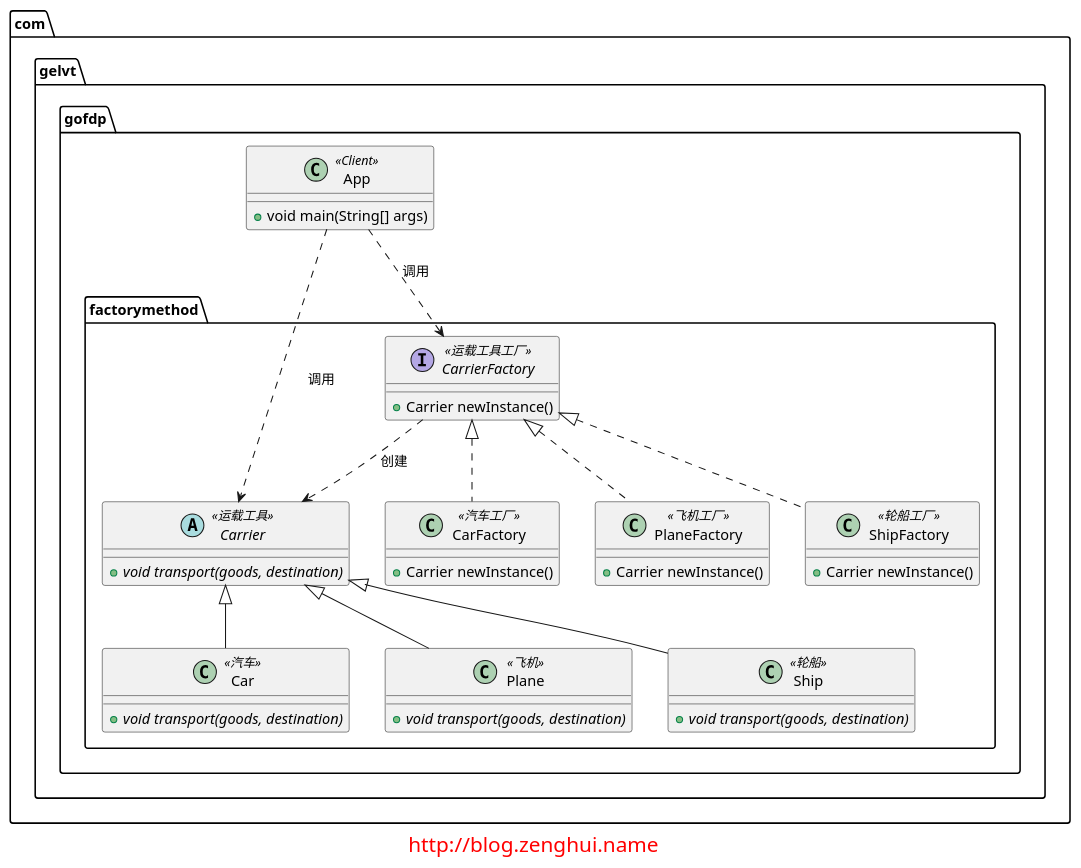
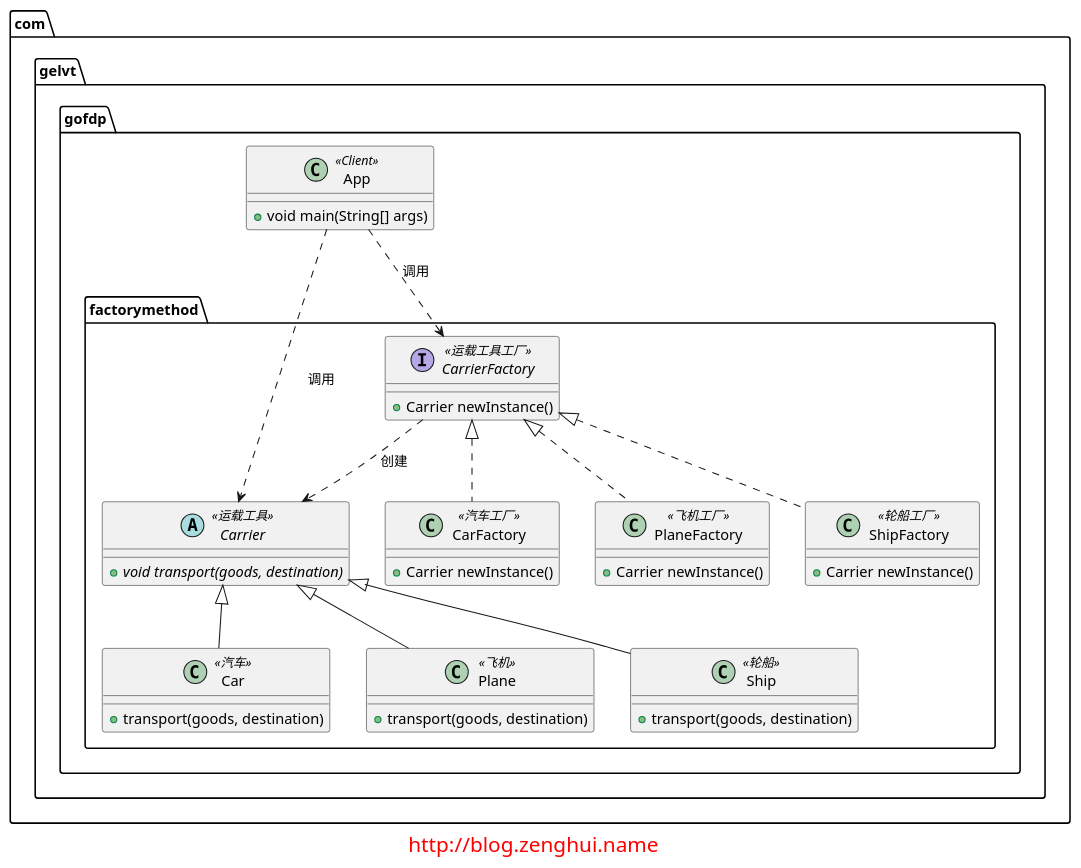
Before and after one commit to elvinzeng/java-design-pattern-samples: the diagram in factory-method/diagrams/factory-method.puml, drawn with PlantUML. The commit also changed 3 other files, not shown here.

Commit message:
更新工厂方法模式的类图

```diff
--- a/factory-method/diagrams/factory-method.puml
+++ b/factory-method/diagrams/factory-method.puml
@@ -1,53 +1,53 @@
 @startuml
 
 package com.gelvt.gofdp.factorymethod{
 
     abstract class Carrier <<运载工具>>{
         + {abstract} void transport(goods, destination)
     }
 
     class Car <<汽车>> extends Carrier{
-        + {abstract} void transport(goods, destination)
+        + transport(goods, destination)
     }
 
     class Plane <<飞机>> extends Carrier{
-        + {abstract} void transport(goods, destination)
+        + transport(goods, destination)
     }
 
     class Ship <<轮船>> extends Carrier{
-        + {abstract} void transport(goods, destination)
+        + transport(goods, destination)
     }
 
     interface CarrierFactory <<运载工具工厂>>{
         + Carrier newInstance()
     }
 
     class CarFactory <<汽车工厂>> implements CarrierFactory{
         + Carrier newInstance()
     }
 
     class PlaneFactory <<飞机工厂>> implements CarrierFactory{
-            + Carrier newInstance()
+        + Carrier newInstance()
     }
 
     class ShipFactory <<轮船工厂>> implements CarrierFactory{
-            + Carrier newInstance()
+        + Carrier newInstance()
     }
 
     CarrierFactory ..> Carrier : 创建
 }
 
 package com.gelvt.gofdp{
     class App <<Client>>{
         + void main(String[] args)
     }
 }
 
 App ..> CarrierFactory : 调用
 App ..> Carrier : 调用
 
 footer
 <font size="20" color="red">http://blog.zenghui.name</font>
 endfooter
 
 @enduml
```
